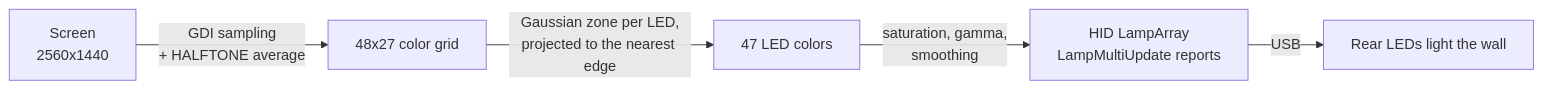
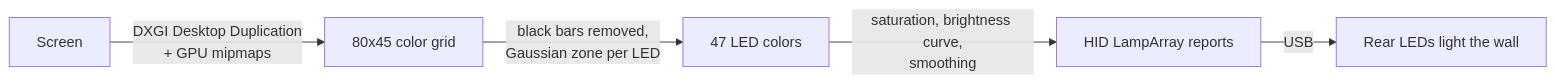
One commit to Ilyomix/glowback changed the diagram in README.md. Above: the diagram before and after it, drawn with Mermaid. The commit also changed other lines of this file and 14 other files, not shown here.

````diff
--- a/README.md
+++ b/README.md
@@ -121,7 +185,7 @@
 ```mermaid
 flowchart LR
-    A[Screen<br/>2560x1440] -->|GDI sampling<br/>+ HALFTONE average| B[48x27 color grid]
-    B -->|Gaussian zone per LED,<br/>projected to the nearest edge| C[47 LED colors]
-    C -->|saturation, gamma,<br/>smoothing| D[HID LampArray<br/>LampMultiUpdate reports]
+    A[Screen] -->|DXGI Desktop Duplication<br/>+ GPU mipmaps| B[80x45 color grid]
+    B -->|black bars removed,<br/>Gaussian zone per LED| C[47 LED colors]
+    C -->|saturation, brightness curve,<br/>smoothing| D[HID LampArray reports]
     D -->|USB| E[Rear LEDs light the wall]
 ```
````
